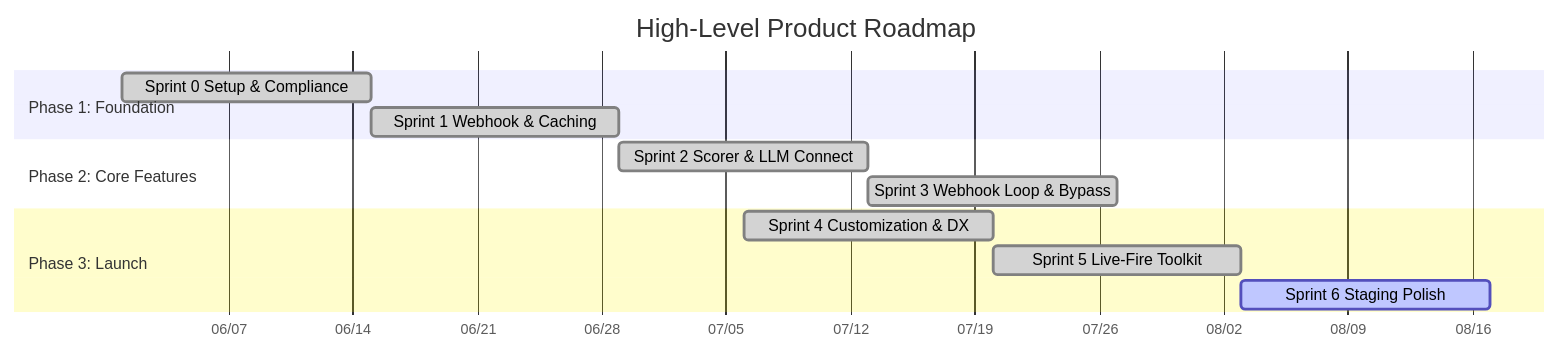
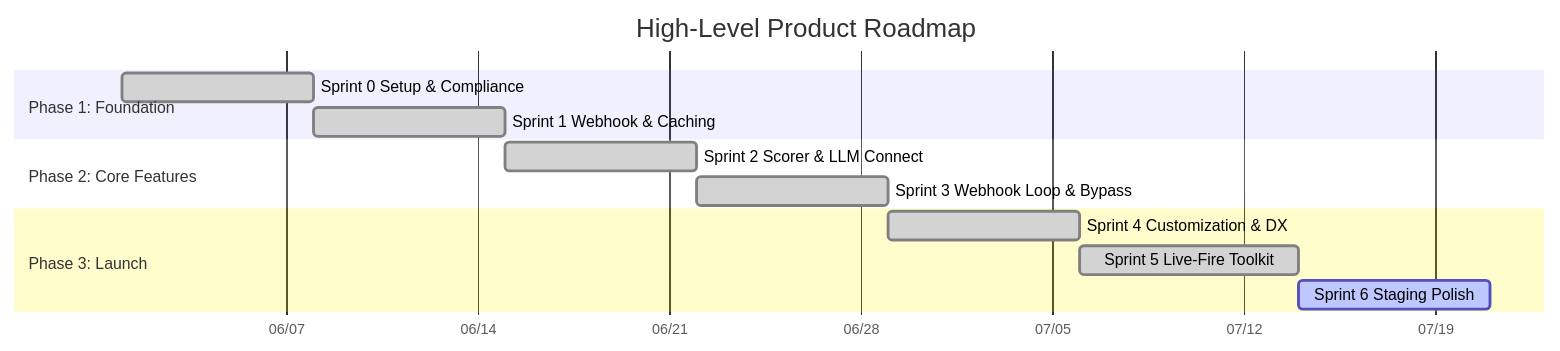
Before and after one commit to tinhct/archi-check: the diagram in docs/PM/Product_Roadmap.md, drawn with Mermaid. The commit also changed other lines of this file and 1 other file, not shown here.

Commit message:
docs: remove specific region names and synchronize roadmap timeline

````diff
--- a/docs/PM/Product_Roadmap.md
+++ b/docs/PM/Product_Roadmap.md
@@ -10,19 +10,19 @@
 ```mermaid
 gantt
     title High-Level Product Roadmap
     dateFormat YYYY-MM-DD
     axisFormat %m/%d
     
     section Phase 1: Foundation
-    Sprint 0 Setup & Compliance       :done, sprint0, 2026-06-01, 14d
-    Sprint 1 Webhook & Caching        :done, sprint1, 2026-06-15, 14d
+    Sprint 0 Setup & Compliance       :done, sprint0, 2026-06-01, 7d
+    Sprint 1 Webhook & Caching        :done, sprint1, after sprint0, 7d
     
     section Phase 2: Core Features
-    Sprint 2 Scorer & LLM Connect     :done, sprint2, 2026-06-29, 14d
-    Sprint 3 Webhook Loop & Bypass    :done, sprint3, 2026-07-13, 14d
+    Sprint 2 Scorer & LLM Connect     :done, sprint2, after sprint1, 7d
+    Sprint 3 Webhook Loop & Bypass    :done, sprint3, after sprint2, 7d
     
     section Phase 3: Launch
-    Sprint 4 Customization & DX       :done, sprint4, 2026-07-06, 14d
-    Sprint 5 Live-Fire Toolkit        :done, sprint5, after sprint4, 14d
-    Sprint 6 Staging Polish           :active, sprint6, after sprint5, 14d
+    Sprint 4 Customization & DX       :done, sprint4, after sprint3, 7d
+    Sprint 5 Live-Fire Toolkit        :done, sprint5, after sprint4, 8d
+    Sprint 6 Staging Polish           :active, sprint6, after sprint5, 7d
 ```
````
